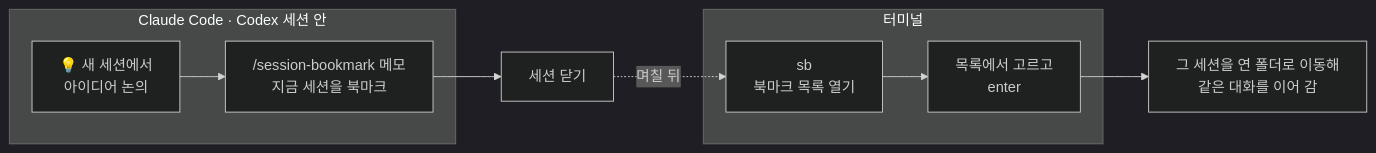
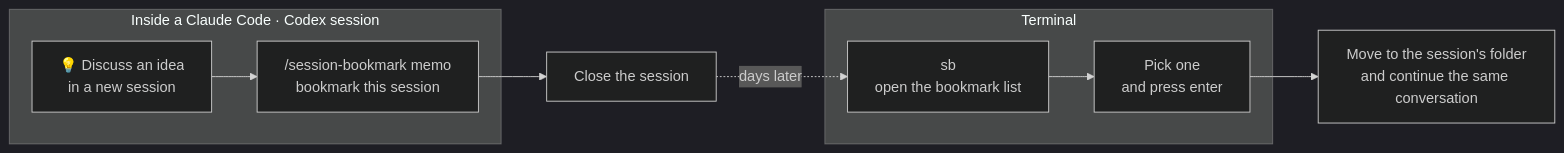
Before and after one commit to david-learner/session-bookmark: the diagram in README.md, drawn with Mermaid (dark theme). The commit also changed other lines of this file and 9 other files, not shown here.

````diff
--- a/README.md
+++ b/README.md
@@ -38,12 +42,12 @@
 ```mermaid
 flowchart LR
-  subgraph S1["Claude Code · Codex 세션 안"]
-    A["💡 새 세션에서<br/>아이디어 논의"] --> B["/session-bookmark 메모<br/>지금 세션을 북마크"]
+  subgraph S1["Inside a Claude Code · Codex session"]
+    A["💡 Discuss an idea<br/>in a new session"] --> B["/session-bookmark memo<br/>bookmark this session"]
   end
-  B --> C["세션 닫기"]
-  C -. "며칠 뒤" .-> D
-  subgraph S2["터미널"]
-    D["sb<br/>북마크 목록 열기"] --> E["목록에서 고르고<br/>enter"]
+  B --> C["Close the session"]
+  C -. "days later" .-> D
+  subgraph S2["Terminal"]
+    D["sb<br/>open the bookmark list"] --> E["Pick one<br/>and press enter"]
   end
-  E --> F["그 세션을 연 폴더로 이동해<br/>같은 대화를 이어 감"]
+  E --> F["Move to the session's folder<br/>and continue the same conversation"]
 ```
````
